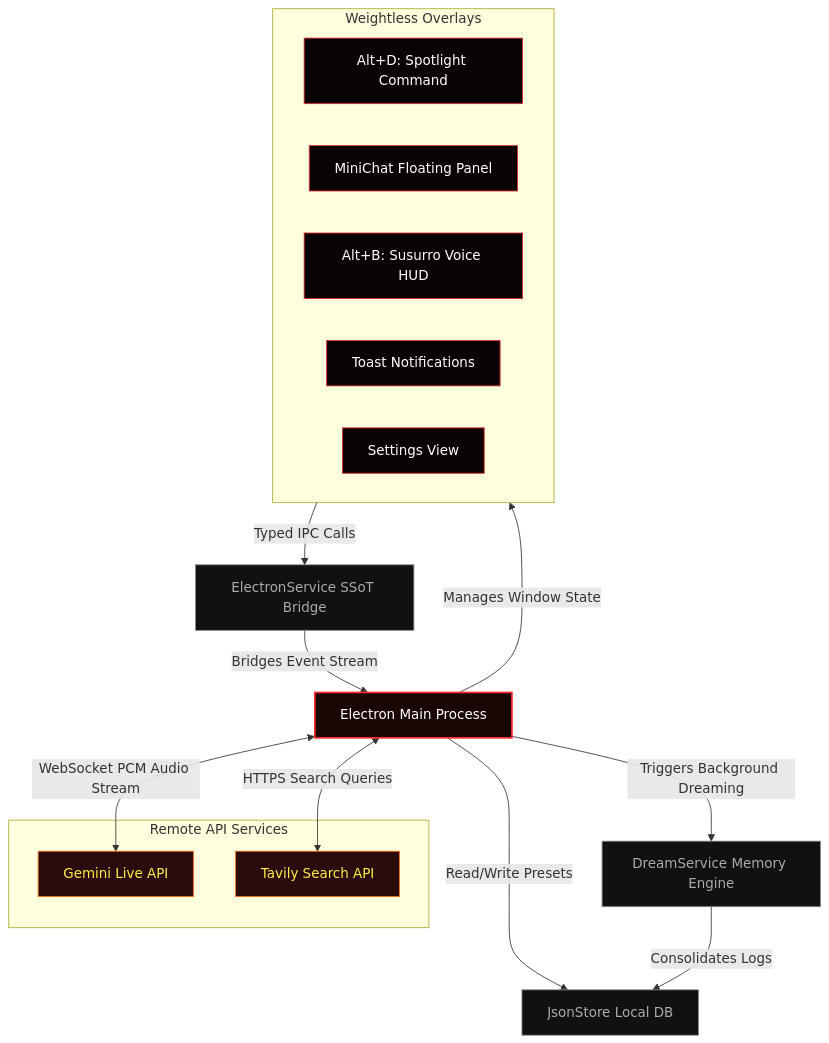
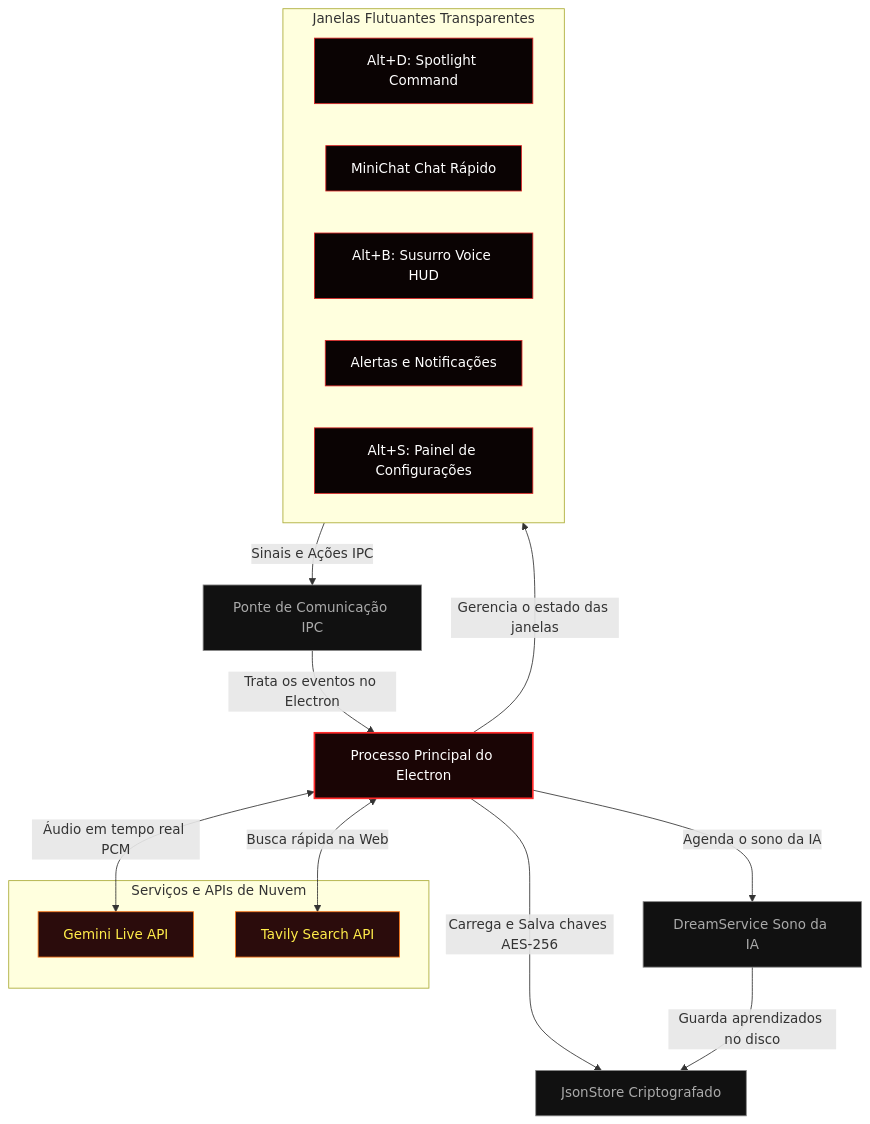
Before and after one commit to paulopgss/hades-agent: the diagram in README.md, drawn with Mermaid. The commit also changed other lines of this file and 15 other files, not shown here.

Commit message:
feat: complete settings overhauls, AES-256 API key encryption, and shortcuts tab implementation

````diff
--- a/README.md
+++ b/README.md
@@ -89,36 +162,36 @@
 ```mermaid
 graph TD
     classDef main fill:#1a0505,stroke:#ff2a2a,stroke-width:2px,color:#fff;
     classDef float fill:#0a0303,stroke:#dc2626,stroke-width:1px,color:#fff;
     classDef service fill:#111,stroke:#888,stroke-width:1px,color:#aaa;
     classDef external fill:#2b0c0c,stroke:#f97316,stroke-width:1px,color:#ffed4a;
 
-    Main[Electron Main Process]:::main
+    Main[Processo Principal do Electron]:::main
     
-    subgraph UI_Layers [Weightless Overlays]
+    subgraph UI_Layers [Janelas Flutuantes Transparentes]
         CommandBar[Alt+D: Spotlight Command]:::float
-        MiniChat[MiniChat Floating Panel]:::float
+        MiniChat[MiniChat Chat Rápido]:::float
         Susurro[Alt+B: Susurro Voice HUD]:::float
-        Notification[Toast Notifications]:::float
-        Settings[Settings View]:::float
+        Notification[Alertas e Notificações]:::float
+        Settings[Alt+S: Painel de Configurações]:::float
     end
     
-    SSoT[ElectronService SSoT Bridge]:::service
-    Store[JsonStore Local DB]:::service
-    Dream[DreamService Memory Engine]:::service
+    SSoT[Ponte de Comunicação IPC]:::service
+    Store[JsonStore Criptografado]:::service
+    Dream[DreamService Sono da IA]:::service
     
-    subgraph Cloud_APIs [Remote API Services]
+    subgraph Cloud_APIs [Serviços e APIs de Nuvem]
         Gemini[Gemini Live API]:::external
         Tavily[Tavily Search API]:::external
     end
 
-    Main -->|Manages Window State| UI_Layers
-    UI_Layers -->|Typed IPC Calls| SSoT
-    SSoT -->|Bridges Event Stream| Main
-    Main -->|Read/Write Presets| Store
-    Main -->|Triggers Background Dreaming| Dream
-    Dream -->|Consolidates Logs| Store
+    Main -->|Gerencia o estado das janelas| UI_Layers
+    UI_Layers -->|Sinais e Ações IPC| SSoT
+    SSoT -->|Trata os eventos no Electron| Main
+    Main -->|Carrega e Salva chaves AES-256| Store
+    Main -->|Agenda o sono da IA| Dream
+    Dream -->|Guarda aprendizados no disco| Store
     
-    Main <-->|WebSocket PCM Audio Stream| Gemini
-    Main <-->|HTTPS Search Queries| Tavily
+    Main <-->|Áudio em tempo real PCM| Gemini
+    Main <-->|Busca rápida na Web| Tavily
 ```
````
